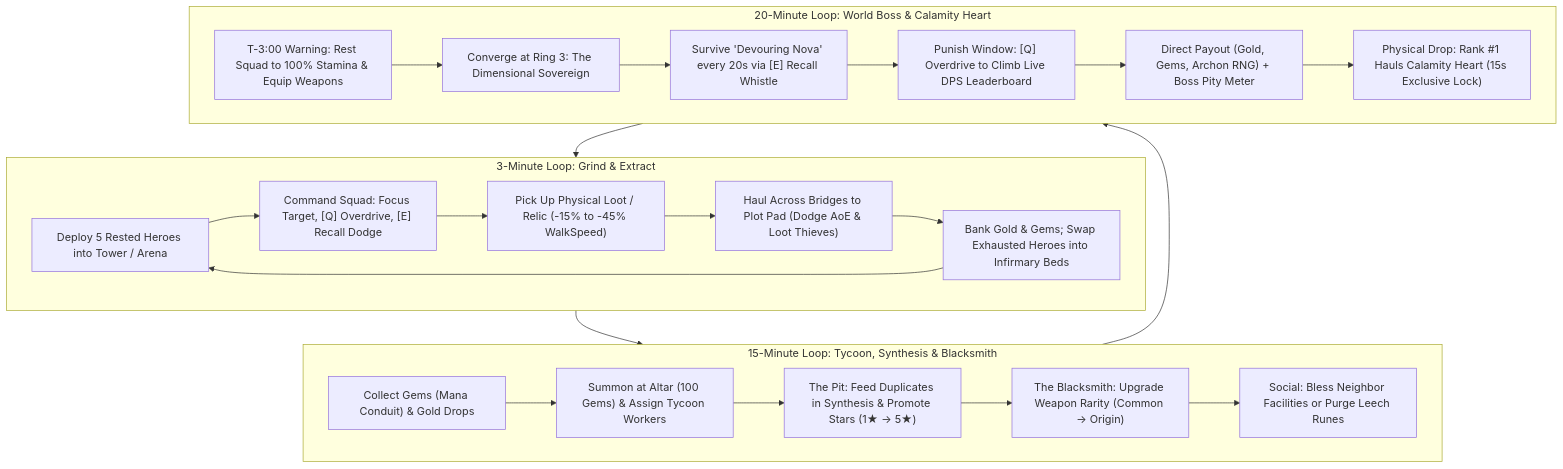
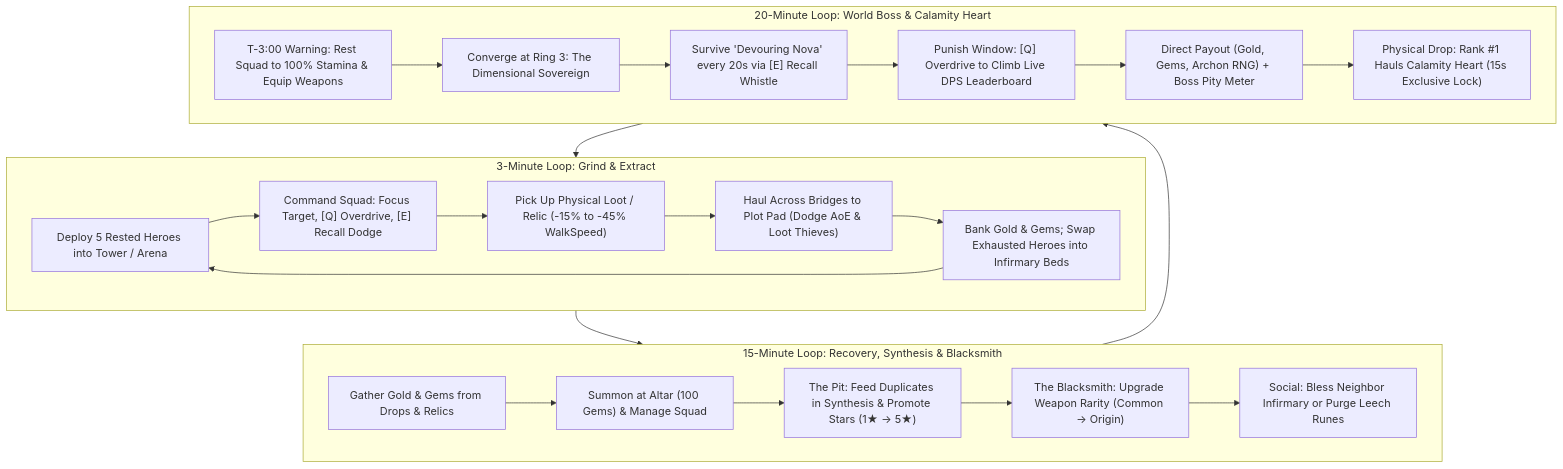
The diagram in GAME_DESIGN.MD (Zaimoo/infinite-tower), drawn with Mermaid before and after one commit. The commit also changed other lines of this file and 18 other files, not shown here.

Commit message:
feat: remove mana conduit facility and rune purge from bottom UI

````diff
--- a/GAME_DESIGN.MD
+++ b/GAME_DESIGN.MD
@@ -45,29 +45,29 @@
 ```mermaid
 flowchart TD
     subgraph Micro["3-Minute Loop: Grind & Extract"]
         M1["Deploy 5 Rested Heroes into Tower / Arena"] --> M2["Command Squad: Focus Target, [Q] Overdrive, [E] Recall Dodge"]
         M2 --> M3["Pick Up Physical Loot / Relic (-15% to -45% WalkSpeed)"]
         M3 --> M4["Haul Across Bridges to Plot Pad (Dodge AoE & Loot Thieves)"]
         M4 --> M5["Bank Gold & Gems; Swap Exhausted Heroes into Infirmary Beds"]
         M5 --> M1
     end
 
-    subgraph Meso["15-Minute Loop: Tycoon, Synthesis & Blacksmith"]
-        T1["Collect Gems (Mana Conduit) & Gold Drops"] --> T2["Summon at Altar (100 Gems) & Assign Tycoon Workers"]
+    subgraph Meso["15-Minute Loop: Recovery, Synthesis & Blacksmith"]
+        T1["Gather Gold & Gems from Drops & Relics"] --> T2["Summon at Altar (100 Gems) & Manage Squad"]
         T2 --> T3["The Pit: Feed Duplicates in Synthesis & Promote Stars (1★ -> 5★)"]
         T3 --> T4["The Blacksmith: Upgrade Weapon Rarity (Common -> Origin)"]
-        T4 --> T5["Social: Bless Neighbor Facilities or Purge Leech Runes"]
+        T4 --> T5["Social: Bless Neighbor Infirmary or Purge Leech Runes"]
     end
 
     subgraph Macro["20-Minute Loop: World Boss & Calamity Heart"]
         W1["T-3:00 Warning: Rest Squad to 100% Stamina & Equip Weapons"] --> W2["Converge at Ring 3: The Dimensional Sovereign"]
         W2 --> W3["Survive 'Devouring Nova' every 20s via [E] Recall Whistle"]
         W3 --> W4["Punish Window: [Q] Overdrive to Climb Live DPS Leaderboard"]
         W4 --> W5["Direct Payout (Gold, Gems, Archon RNG) + Boss Pity Meter"]
         W5 --> W6["Physical Drop: Rank #1 Hauls Calamity Heart (15s Exclusive Lock)"]
     end
 
     Micro --> Meso
     Meso --> Macro
     Macro --> Micro
 ```
````
